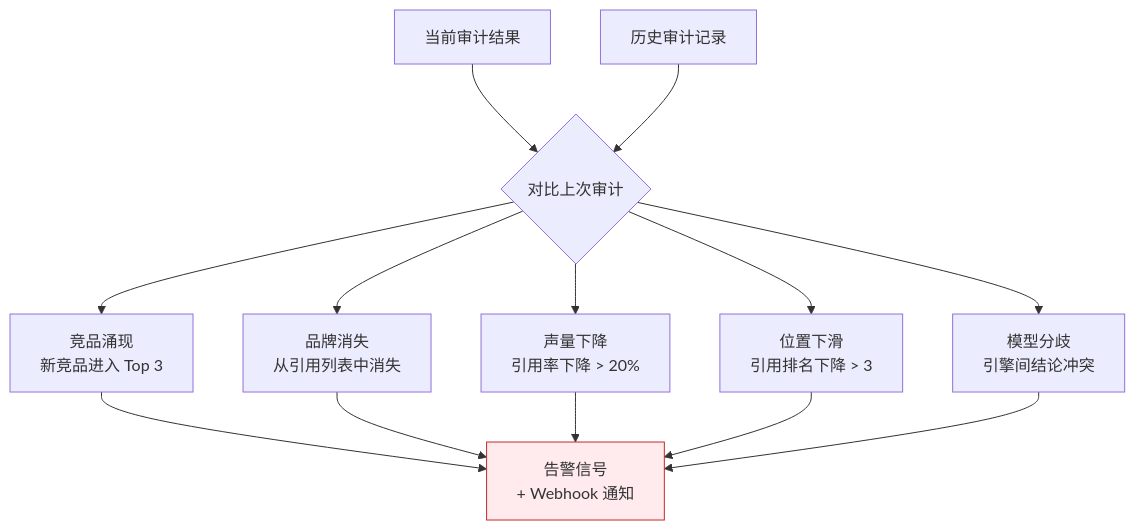
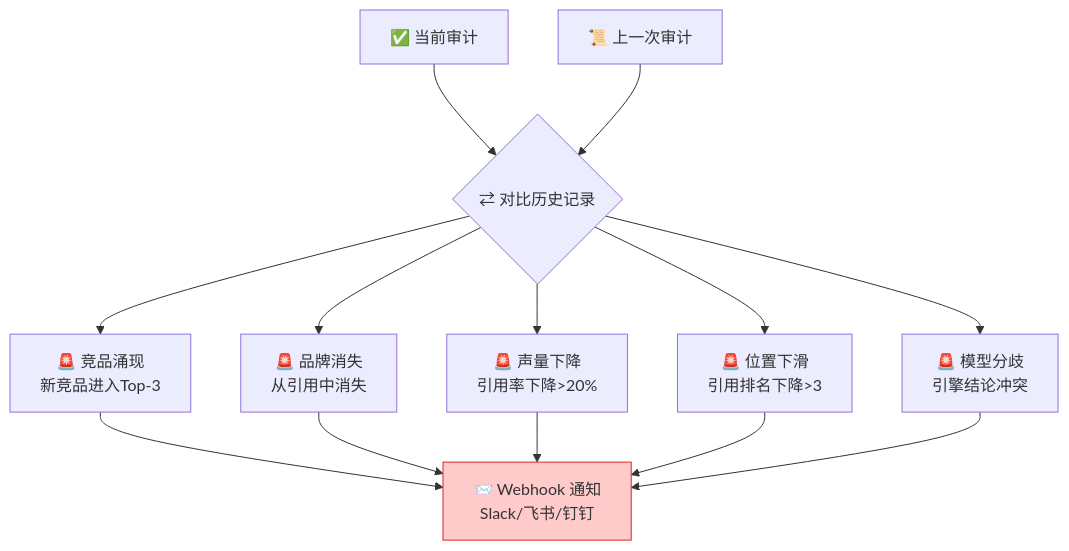
The tenth of 31 diagrams in docs/architecture.md (deep2code/geo), drawn with Mermaid before and after one commit. The commit also changed other lines of this file and 3 other files, not shown here.

First line of the commit message:
docs: 全面美化文档，大量采用 Mermaid 图表

````diff
--- a/docs/architecture.md
+++ b/docs/architecture.md
@@ -150,15 +249,15 @@
 ```mermaid
 flowchart TD
-    CURR["当前审计结果"] --> CMP{"对比上次审计"}
-    PREV["历史审计记录"] --> CMP
+    CURR["✅ 当前审计"] --> CMP{"⇄ 对比历史记录"}
+    PREV["📜 上一次审计"] --> CMP
 
-    CMP --> A1["竞品涌现<br/>新竞品进入 Top 3"]
-    CMP --> A2["品牌消失<br/>从引用列表中消失"]
-    CMP --> A3["声量下降<br/>引用率下降 > 20%"]
-    CMP --> A4["位置下滑<br/>引用排名下降 > 3"]
-    CMP --> A5["模型分歧<br/>引擎间结论冲突"]
+    CMP --> A1["🚨 竞品涌现<br/>新竞品进入Top-3"]
+    CMP --> A2["🚨 品牌消失<br/>从引用中消失"]
+    CMP --> A3["🚨 声量下降<br/>引用率下降>20%"]
+    CMP --> A4["🚨 位置下滑<br/>引用排名下降>3"]
+    CMP --> A5["🚨 模型分歧<br/>引擎结论冲突"]
 
-    A1 & A2 & A3 & A4 & A5 --> ALERT["告警信号<br/>+ Webhook 通知"]
+    A1 & A2 & A3 & A4 & A5 --> WEBHOOK["📨 Webhook 通知<br/>Slack/飞书/钉钉"]
 
-    style ALERT fill:#ffebee,stroke:#c62828
+    style WEBHOOK fill:#fecaca,stroke:#dc2626
 ```
````
